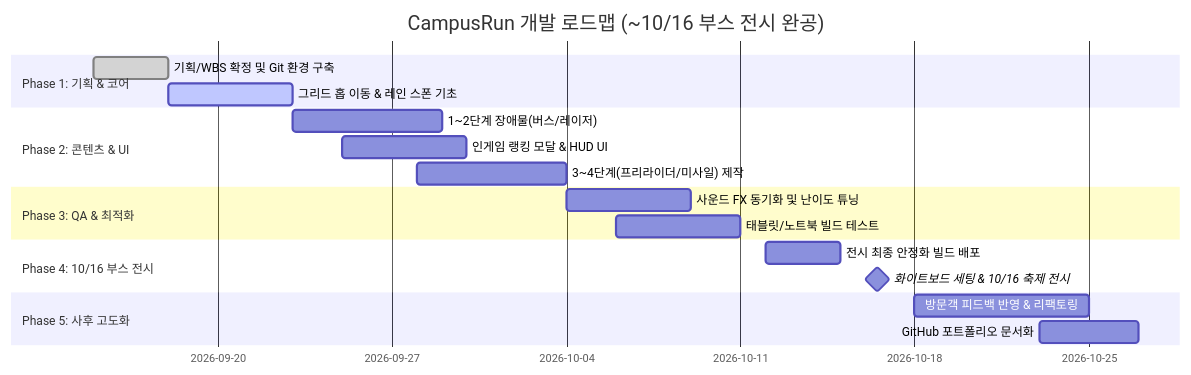
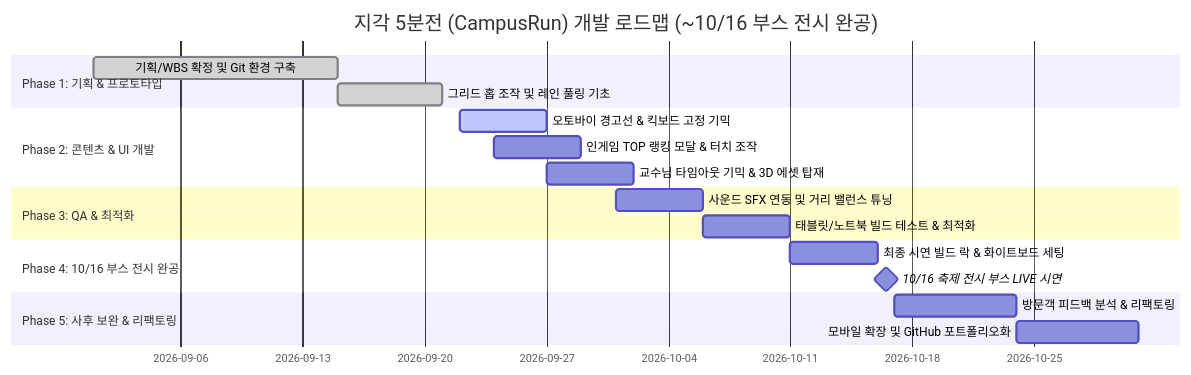
The diagram in .planning/02-wbs.md (kang3019/CampusRun), drawn with Mermaid before and after one commit. The commit also changed other lines of this file and 4 other files, not shown here.

````diff
--- a/.planning/02-wbs.md
+++ b/.planning/02-wbs.md
@@ -73,21 +77,21 @@
 ```mermaid
 gantt
-    title CampusRun 개발 로드맵 (~10/16 부스 전시 완공)
+    title 지각 5분전 (CampusRun) 개발 로드맵 (~10/16 부스 전시 완공)
     dateFormat  YYYY-MM-DD
-    section Phase 1: 기획 & 코어
-    기획/WBS 확정 및 Git 환경 구축    :done, 2026-09-15, 3d
-    그리드 홉 이동 & 레인 스폰 기초 :active, 2026-09-18, 5d
-    section Phase 2: 콘텐츠 & UI
-    1~2단계 장애물(버스/레이저)      :2026-09-23, 6d
-    인게임 랭킹 모달 & HUD UI       :2026-09-25, 5d
-    3~4단계(프리라이더/미사일) 제작 :2026-09-28, 6d
+    section Phase 1: 기획 & 프로토타입
+    기획/WBS 확정 및 Git 환경 구축    :done, 2026-09-01, 14d
+    그리드 홉 조작 및 레인 풀링 기초 :done, 2026-09-15, 6d
+    section Phase 2: 콘텐츠 & UI 개발
+    오토바이 경고선 & 킥보드 고정 기믹 :active, 2026-09-22, 5d
+    인게임 TOP 랭킹 모달 & 터치 조작  :2026-09-24, 5d
+    교수님 타임아웃 기믹 & 3D 에셋 탑재 :2026-09-27, 5d
     section Phase 3: QA & 최적화
-    사운드 FX 동기화 및 난이도 튜닝  :2026-10-04, 5d
-    태블릿/노트북 빌드 테스트        :2026-10-06, 5d
-    section Phase 4: 10/16 부스 전시
-    전시 최종 안정화 빌드 배포        :2026-10-12, 3d
-    화이트보드 세팅 & 10/16 축제 전시 :milestone, 2026-10-16, 1d
-    section Phase 5: 사후 고도화
-    방문객 피드백 반영 & 리팩토링     :2026-10-18, 7d
-    GitHub 포트폴리오 문서화        :2026-10-23, 4d
+    사운드 SFX 연동 및 거리 밸런스 튜닝 :2026-10-01, 5d
+    태블릿/노트북 빌드 테스트 & 최적화   :2026-10-06, 5d
+    section Phase 4: 10/16 부스 전시 완공
+    최종 시연 빌드 락 & 화이트보드 세팅 :2026-10-11, 5d
+    10/16 축제 전시 부스 LIVE 시연   :milestone, 2026-10-16, 1d
+    section Phase 5: 사후 보완 & 리팩토링
+    방문객 피드백 분석 & 리팩토링      :2026-10-17, 7d
+    모바일 확장 및 GitHub 포트폴리오화 :2026-10-24, 7d
 ```
````
